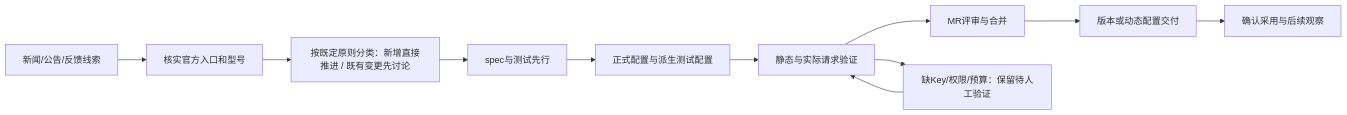
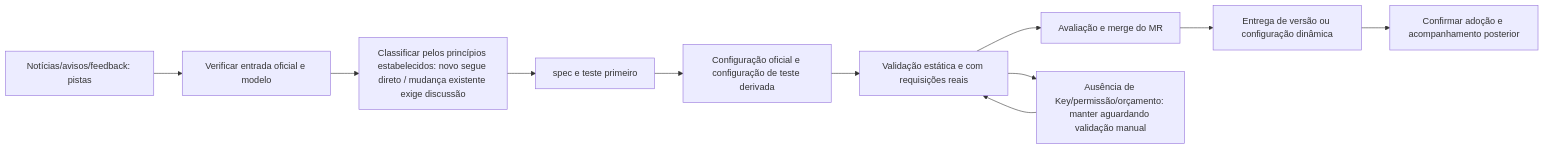
The diagram in docs/builtin-provider-maintenance/workflow.md (JoaoNetoDev/BR-Code), drawn with Mermaid before and after one commit. The commit also changed other lines of this file and 177 other files, not shown here.

````diff
--- a/docs/builtin-provider-maintenance/workflow.md
+++ b/docs/builtin-provider-maintenance/workflow.md
@@ -7,13 +7,13 @@
 ```mermaid
 flowchart LR
-    A[新闻/公告/反馈线索] --> B[核实官方入口和型号]
-    B --> C[按既定原则分类：新增直接推进 / 既有变更先讨论]
-    C --> D[spec与测试先行]
-    D --> E[正式配置与派生测试配置]
-    E --> F[静态与实际请求验证]
-    F --> G[MR评审与合并]
-    G --> H[版本或动态配置交付]
-    H --> I[确认采用与后续观察]
-    F --> J[缺Key/权限/预算：保留待人工验证]
+    A[Notícias/avisos/feedback: pistas] --> B[Verificar entrada oficial e modelo]
+    B --> C[Classificar pelos princípios estabelecidos: novo segue direto / mudança existente exige discussão]
+    C --> D[spec e teste primeiro]
+    D --> E[Configuração oficial e configuração de teste derivada]
+    E --> F[Validação estática e com requisições reais]
+    F --> G[Avaliação e merge do MR]
+    G --> H[Entrega de versão ou configuração dinâmica]
+    H --> I[Confirmar adoção e acompanhamento posterior]
+    F --> J[Ausência de Key/permissão/orçamento: manter aguardando validação manual]
     J --> F
 ```
````
